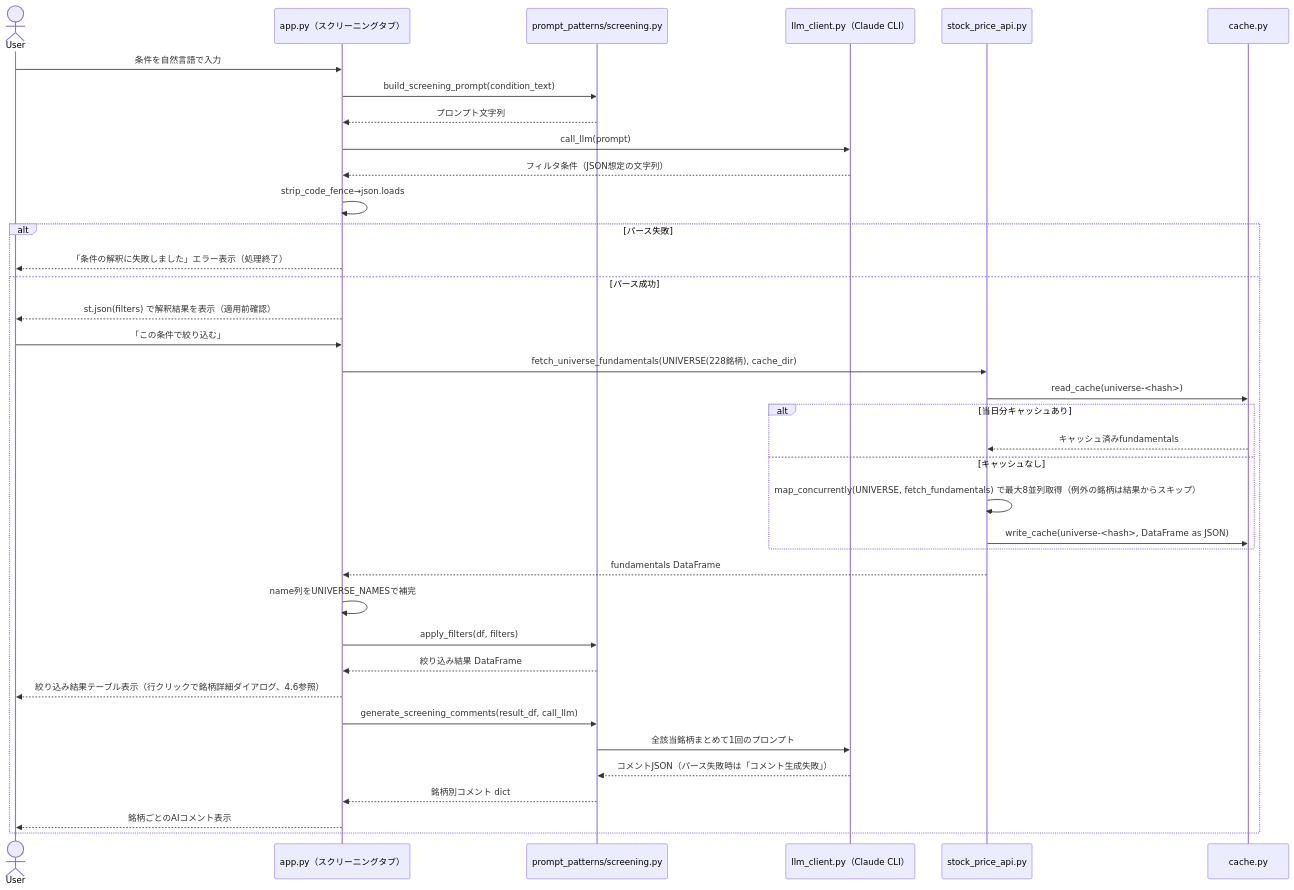
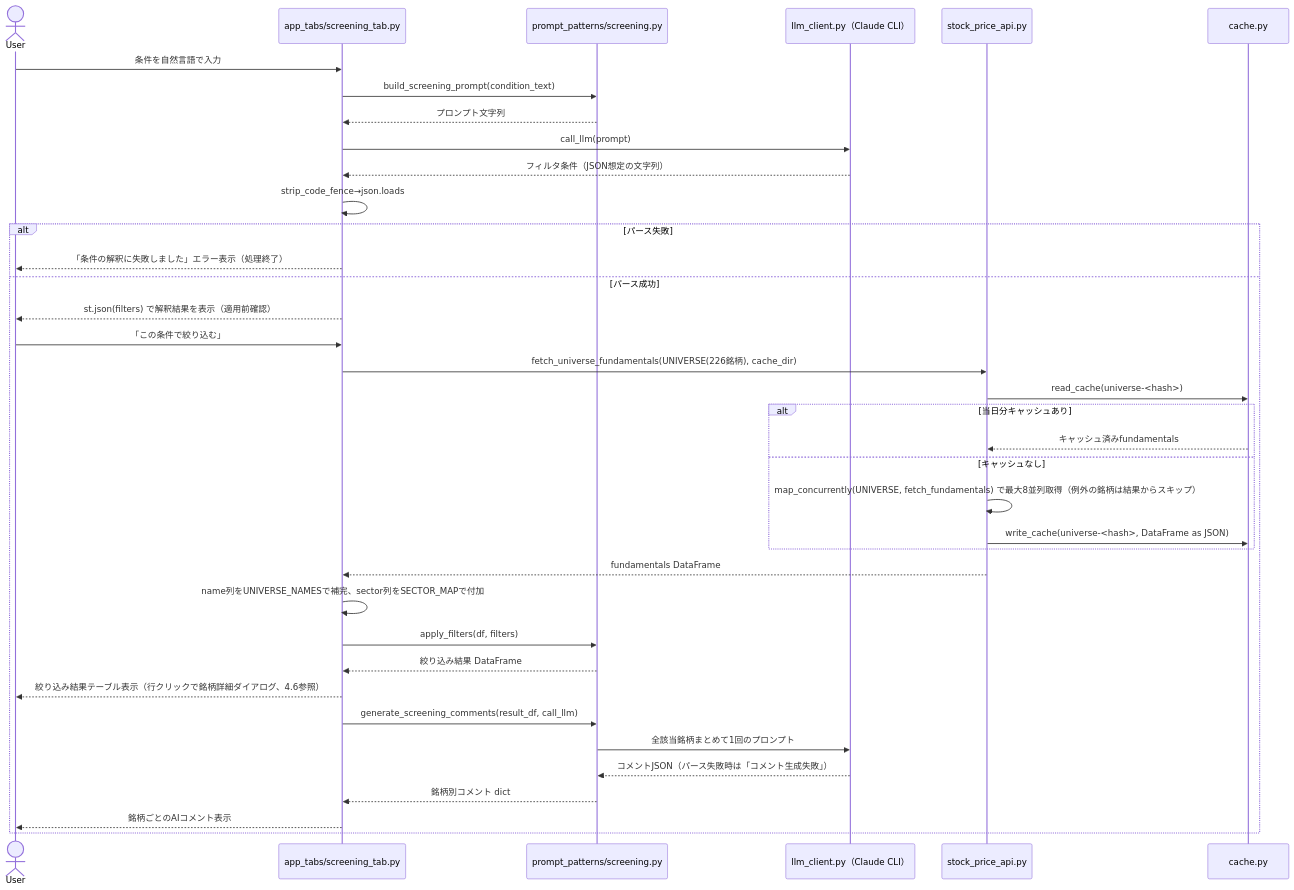
Before and after one commit to duwenji/ai-stock-investing-tutorial: the third of 8 diagrams in app/docs/app-design.md, drawn with Mermaid. The commit also changed other lines of this file and 14 other files, not shown here.

First line of the commit message:
Split app.py's per-tab logic into app_tabs modules

````diff
--- a/app/docs/app-design.md
+++ b/app/docs/app-design.md
@@ -276,40 +364,40 @@
 ```mermaid
 sequenceDiagram
     actor User
-    participant UI as app.py（スクリーニングタブ）
+    participant UI as app_tabs/screening_tab.py
     participant ScreenP as prompt_patterns/screening.py
     participant LLM as llm_client.py（Claude CLI）
     participant PriceAPI as stock_price_api.py
     participant Cache as cache.py
 
     User->>UI: 条件を自然言語で入力
     UI->>ScreenP: build_screening_prompt(condition_text)
     ScreenP-->>UI: プロンプト文字列
     UI->>LLM: call_llm(prompt)
     LLM-->>UI: フィルタ条件（JSON想定の文字列）
     UI->>UI: strip_code_fence→json.loads
     alt パース失敗
         UI-->>User: 「条件の解釈に失敗しました」エラー表示（処理終了）
     else パース成功
         UI-->>User: st.json(filters) で解釈結果を表示（適用前確認）
         User->>UI: 「この条件で絞り込む」
-        UI->>PriceAPI: fetch_universe_fundamentals(UNIVERSE(228銘柄), cache_dir)
+        UI->>PriceAPI: fetch_universe_fundamentals(UNIVERSE(226銘柄), cache_dir)
         PriceAPI->>Cache: read_cache(universe-<hash>)
         alt 当日分キャッシュあり
             Cache-->>PriceAPI: キャッシュ済みfundamentals
         else キャッシュなし
             PriceAPI->>PriceAPI: map_concurrently(UNIVERSE, fetch_fundamentals) で最大8並列取得（例外の銘柄は結果からスキップ）
             PriceAPI->>Cache: write_cache(universe-<hash>, DataFrame as JSON)
         end
         PriceAPI-->>UI: fundamentals DataFrame
-        UI->>UI: name列をUNIVERSE_NAMESで補完
+        UI->>UI: name列をUNIVERSE_NAMESで補完、sector列をSECTOR_MAPで付加
         UI->>ScreenP: apply_filters(df, filters)
         ScreenP-->>UI: 絞り込み結果 DataFrame
         UI-->>User: 絞り込み結果テーブル表示（行クリックで銘柄詳細ダイアログ、4.6参照）
         UI->>ScreenP: generate_screening_comments(result_df, call_llm)
         ScreenP->>LLM: 全該当銘柄まとめて1回のプロンプト
         LLM-->>ScreenP: コメントJSON（パース失敗時は「コメント生成失敗」）
         ScreenP-->>UI: 銘柄別コメント dict
         UI-->>User: 銘柄ごとのAIコメント表示
     end
 ```
````
